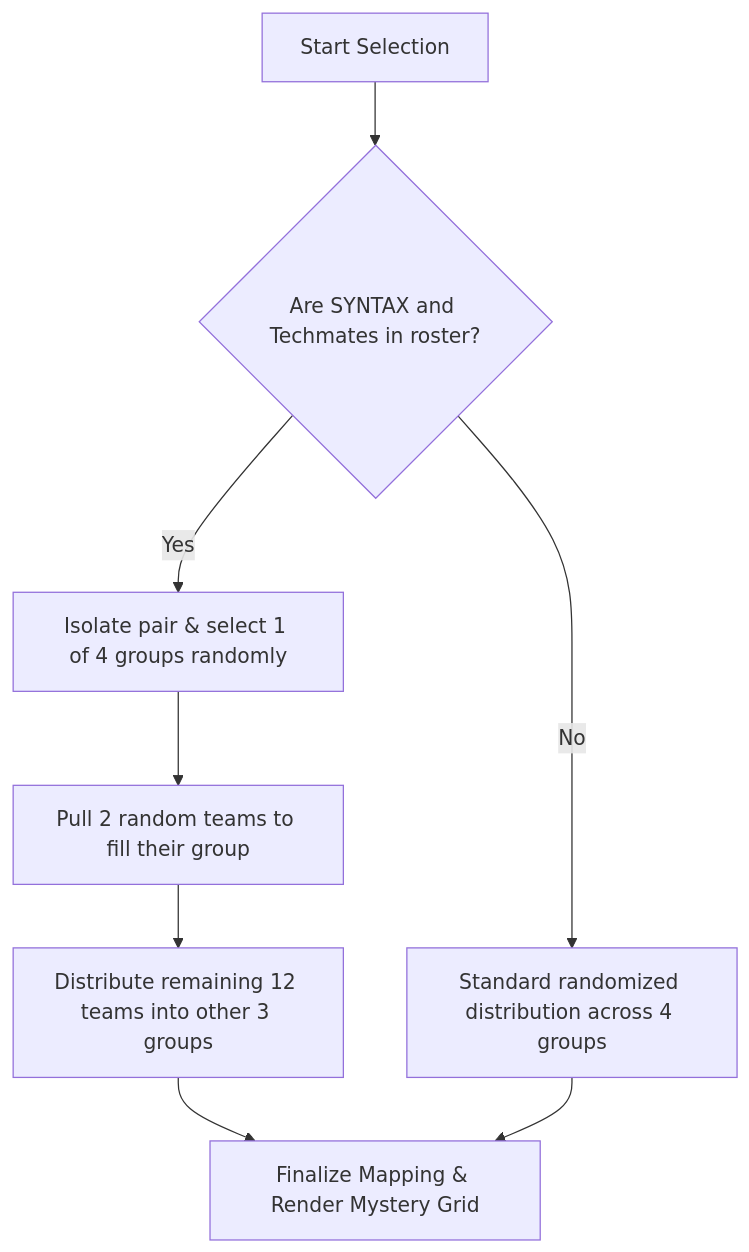
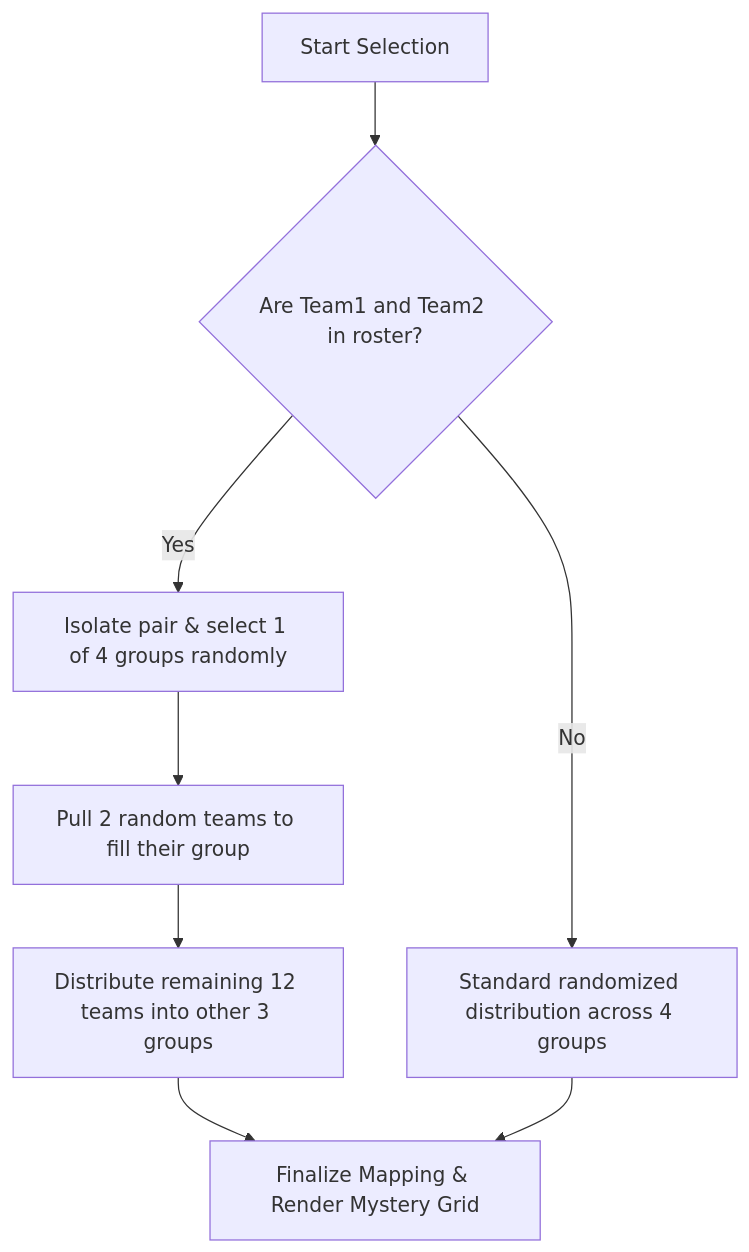
Before and after one commit to Ajil017/Random-picker-: the diagram in README.md, drawn with Mermaid.

Commit message:
Fix conditional check in randomizer diagram

````diff
--- a/README.md
+++ b/README.md
@@ -42,10 +42,10 @@
 ```mermaid
 graph TD
-    A[Start Selection] --> B{Are SYNTAX and Techmates in roster?}
+    A[Start Selection] --> B{Are Team1 and Team2 in roster?}
     B -- Yes --> C[Isolate pair & select 1 of 4 groups randomly]
     C --> D[Pull 2 random teams to fill their group]
     D --> E[Distribute remaining 12 teams into other 3 groups]
     B -- No --> F[Standard randomized distribution across 4 groups]
     E --> G[Finalize Mapping & Render Mystery Grid]
     F --> G
 ```
````
